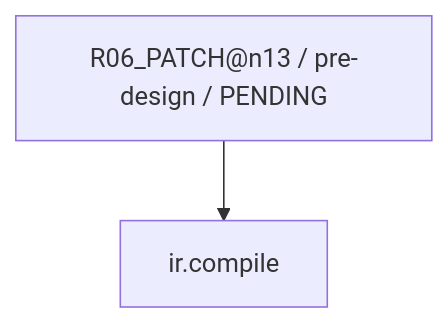
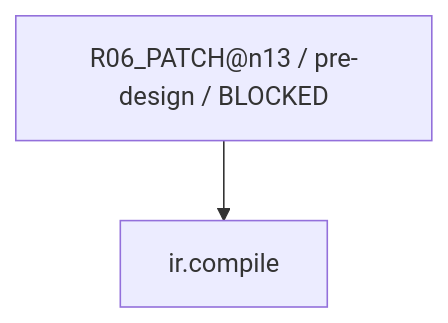
The seventh of 28 diagrams in work/items/W-MATH-048-n1314-source-audit/generated/CAPABILITY_FIRE_DIAGRAM.md (rrikunagasige-dot/kyotsu-step-web), drawn with Mermaid before and after one commit. The commit also changed other lines of this file and 32 other files, not shown here.

````diff
--- a/work/items/W-MATH-048-n1314-source-audit/generated/CAPABILITY_FIRE_DIAGRAM.md
+++ b/work/items/W-MATH-048-n1314-source-audit/generated/CAPABILITY_FIRE_DIAGRAM.md
@@ -107,6 +107,6 @@
 ```mermaid
 flowchart TD
-  N0["R06_PATCH@n13 / pre-design / PENDING"]
+  N0["R06_PATCH@n13 / pre-design / BLOCKED"]
   N1["ir.compile"]
   N0 --> N1
 ```
````
